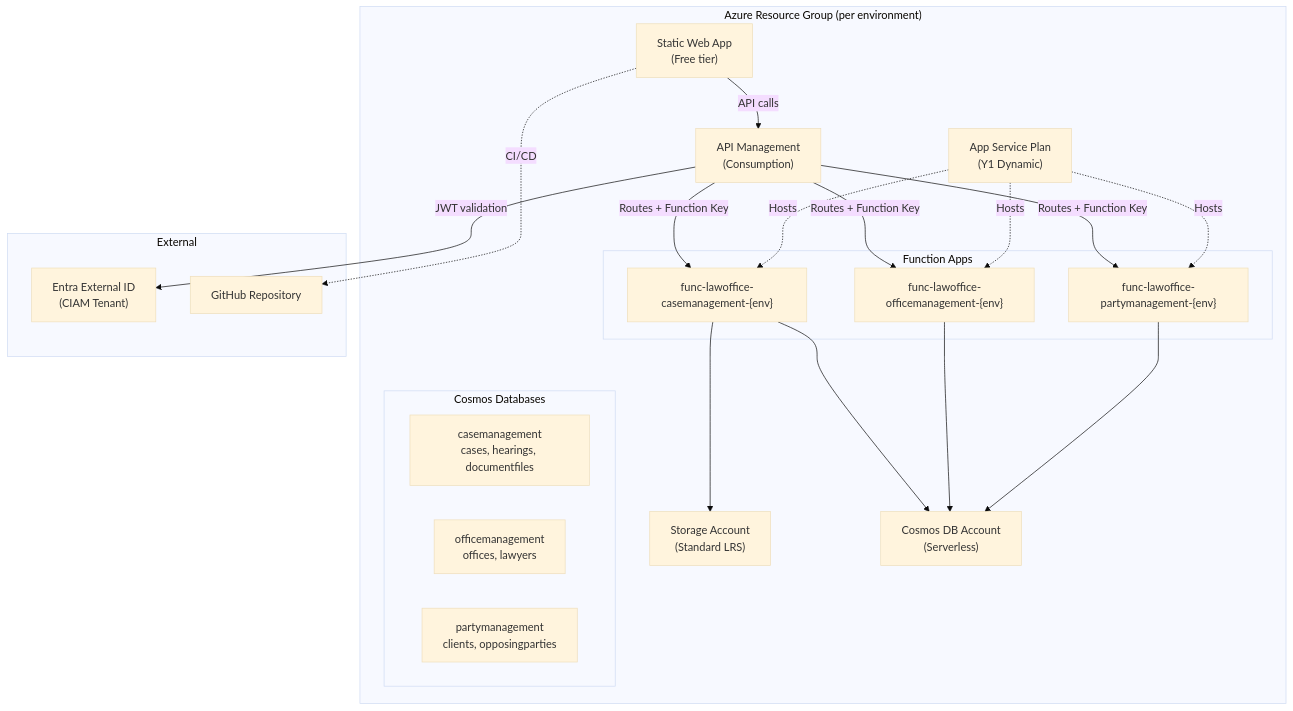
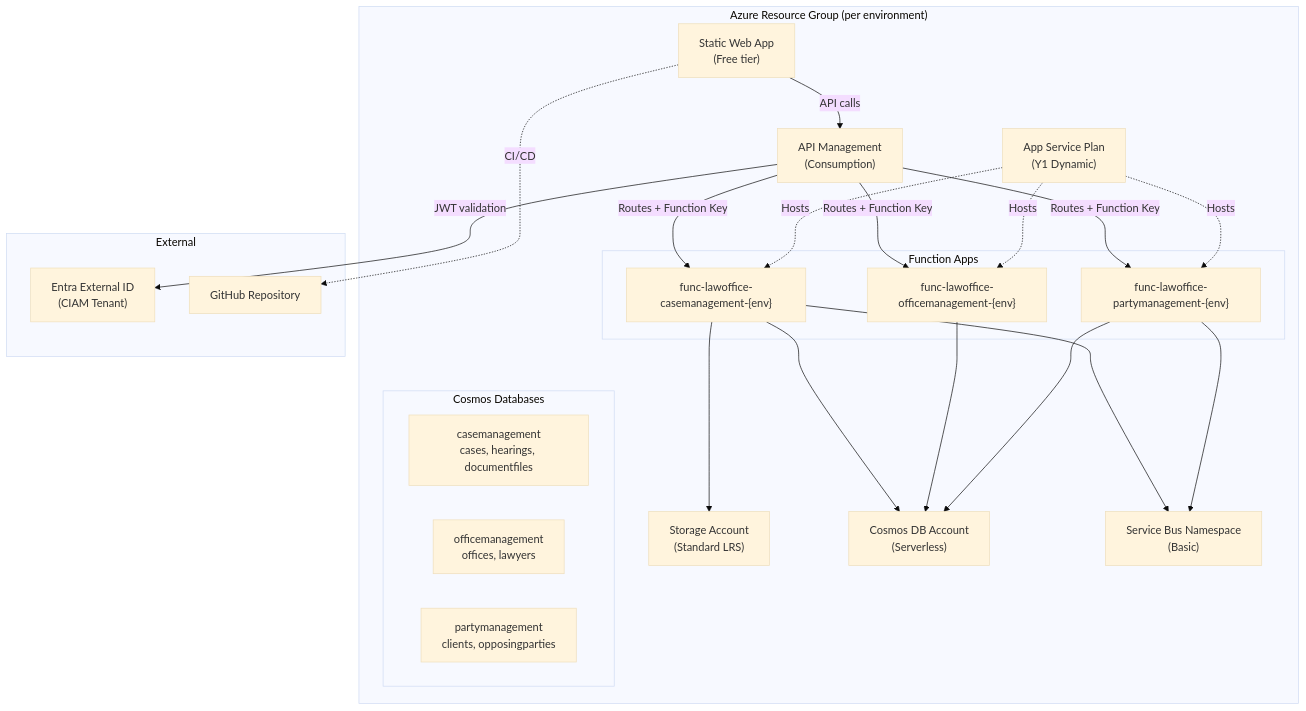
The first of 4 diagrams in docs/architecture/INFRASTRUCTURE_AND_DEPLOYMENT.md (dejanefremovout/LawOffice), drawn with Mermaid (base theme) before and after one commit. The commit also changed other lines of this file and 40 other files, not shown here.

Commit message:
Implement Azure Service Bus messaging

````diff
--- a/docs/architecture/INFRASTRUCTURE_AND_DEPLOYMENT.md
+++ b/docs/architecture/INFRASTRUCTURE_AND_DEPLOYMENT.md
@@ -19,45 +19,48 @@
 ```mermaid
 graph TB
     subgraph "Azure Resource Group (per environment)"
         SWA["Static Web App<br/>(Free tier)"]
         APIM["API Management<br/>(Consumption)"]
         ASP["App Service Plan<br/>(Y1 Dynamic)"]
 
         subgraph "Function Apps"
             FA_CASE["func-lawoffice-casemanagement-{env}"]
             FA_OFFICE["func-lawoffice-officemanagement-{env}"]
             FA_PARTY["func-lawoffice-partymanagement-{env}"]
         end
 
         STORAGE["Storage Account<br/>(Standard LRS)"]
         COSMOS["Cosmos DB Account<br/>(Serverless)"]
+        SB["Service Bus Namespace<br/>(Basic)"]
 
         subgraph "Cosmos Databases"
             DB_CASE["casemanagement<br/>cases, hearings, documentfiles"]
             DB_OFFICE["officemanagement<br/>offices, lawyers"]
             DB_PARTY["partymanagement<br/>clients, opposingparties"]
         end
     end
 
     subgraph "External"
         ENTRA["Entra External ID<br/>(CIAM Tenant)"]
         GITHUB["GitHub Repository"]
     end
 
     SWA -->|"API calls"| APIM
     APIM -->|"Routes + Function Key"| FA_CASE
     APIM -->|"Routes + Function Key"| FA_OFFICE
     APIM -->|"Routes + Function Key"| FA_PARTY
 
     FA_CASE --> COSMOS
     FA_OFFICE --> COSMOS
     FA_PARTY --> COSMOS
+    FA_CASE --> SB
+    FA_PARTY --> SB
     FA_CASE --> STORAGE
 
     ASP -.->|"Hosts"| FA_CASE
     ASP -.->|"Hosts"| FA_OFFICE
     ASP -.->|"Hosts"| FA_PARTY
 
     APIM -->|"JWT validation"| ENTRA
     SWA -.->|"CI/CD"| GITHUB
 ```
````
